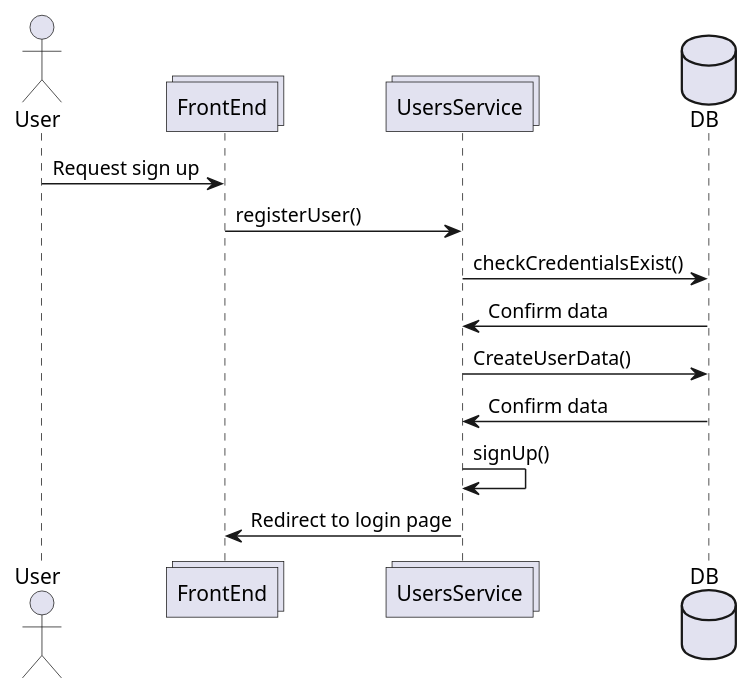
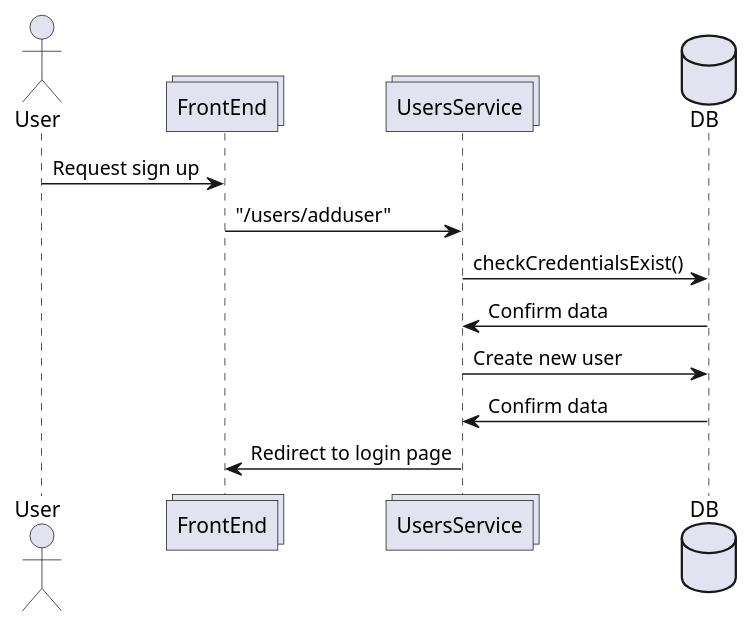
Before and after one commit to UO289930/wiq_en3a: the second of 3 diagrams in docs/src/06_runtime_view.adoc, drawn with PlantUML. The commit also changed other lines of this file, not shown here.

```diff
--- a/docs/src/06_runtime_view.adoc
+++ b/docs/src/06_runtime_view.adoc
@@ -30,17 +30,16 @@
 [plantuml,"Sign Up diagram",png]
 ----
 actor User
 collections FrontEnd
 collections UsersService
 database DB
 
 User -> FrontEnd: Request sign up
-FrontEnd -> UsersService: registerUser()
+FrontEnd -> UsersService: "/users/adduser"
 UsersService -> DB: checkCredentialsExist()
 DB -> UsersService: Confirm data
-UsersService  -> DB: CreateUserData()
+UsersService  -> DB: Create new user
 DB -> UsersService: Confirm data
-UsersService -> UsersService: signUp()
 UsersService -> FrontEnd: Redirect to login page
 @enduml
 ----
```
